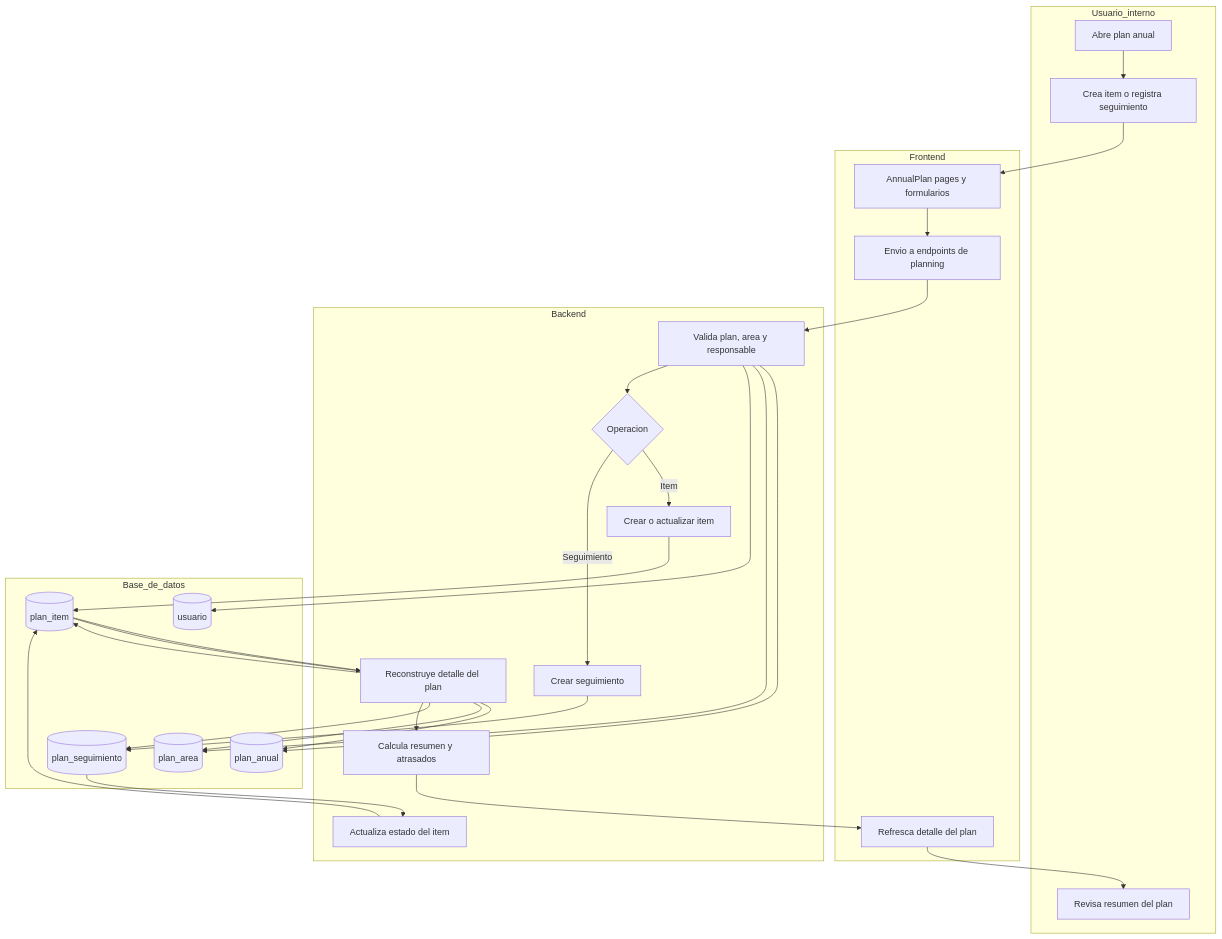
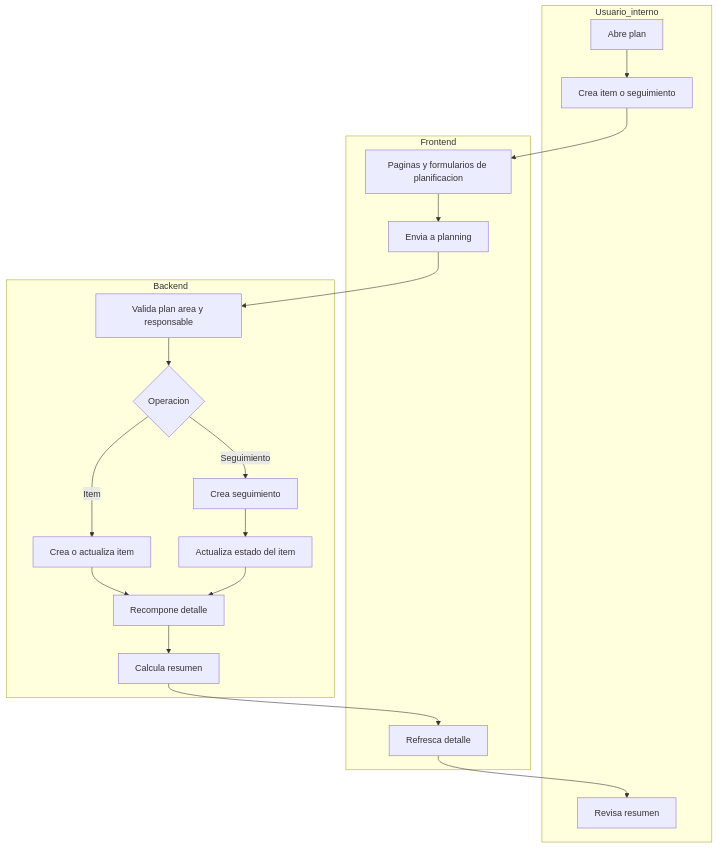
Before and after one commit to alfredoquintana/rama-remo: the sixth of 6 diagrams in docs/arquitectura/03-bpmn-procesos-clave.md, drawn with Mermaid. The commit also changed other lines of this file and 12 other files, not shown here.

````diff
--- a/docs/arquitectura/03-bpmn-procesos-clave.md
+++ b/docs/arquitectura/03-bpmn-procesos-clave.md
@@ -86,45 +177,29 @@
 ```mermaid
 flowchart TD
     subgraph Usuario_interno
-        U1[Abre plan anual]
-        U2[Crea item o registra seguimiento]
-        U3[Revisa resumen del plan]
+        U1[Abre plan]
+        U2[Crea item o seguimiento]
+        U3[Revisa resumen]
     end
 
     subgraph Frontend
-        F1[AnnualPlan pages y formularios]
-        F2[Envio a endpoints de planning]
-        F3[Refresca detalle del plan]
+        F1[Paginas y formularios de planificacion]
+        F2[Envia a planning]
+        F3[Refresca detalle]
     end
 
     subgraph Backend
-        B1[Valida plan, area y responsable]
+        B1[Valida plan area y responsable]
         B2{Operacion}
-        B3[Crear o actualizar item]
-        B4[Crear seguimiento]
+        B3[Crea o actualiza item]
+        B4[Crea seguimiento]
         B5[Actualiza estado del item]
-        B6[Reconstruye detalle del plan]
-        B7[Calcula resumen y atrasados]
+        B6[Recompone detalle]
+        B7[Calcula resumen]
     end
 
-    subgraph Base_de_datos
-        D1[(plan_anual)]
-        D2[(plan_area)]
-        D3[(plan_item)]
-        D4[(plan_seguimiento)]
-        D5[(usuario)]
-    end
-
-    U1 --> U2 --> F1 --> F2 --> B1
-    B1 --> D1
-    B1 --> D2
-    B1 --> D5
-    B1 --> B2
-    B2 -->|Item| B3 --> D3 --> B6
-    B2 -->|Seguimiento| B4 --> D4 --> B5 --> D3 --> B6
-    B6 --> D1
-    B6 --> D2
-    B6 --> D3
-    B6 --> D4
+    U1 --> U2 --> F1 --> F2 --> B1 --> B2
+    B2 -->|Item| B3 --> B6
+    B2 -->|Seguimiento| B4 --> B5 --> B6
     B6 --> B7 --> F3 --> U3
 ```
````
